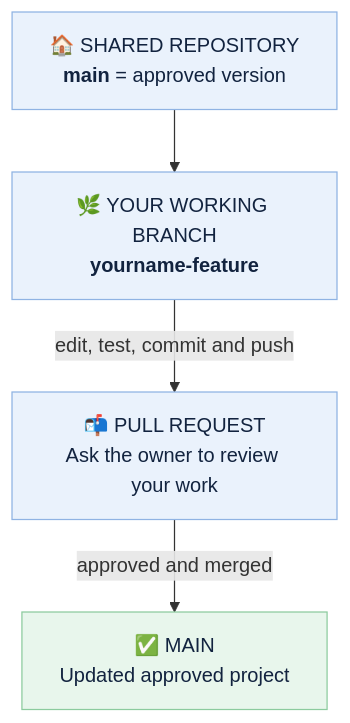
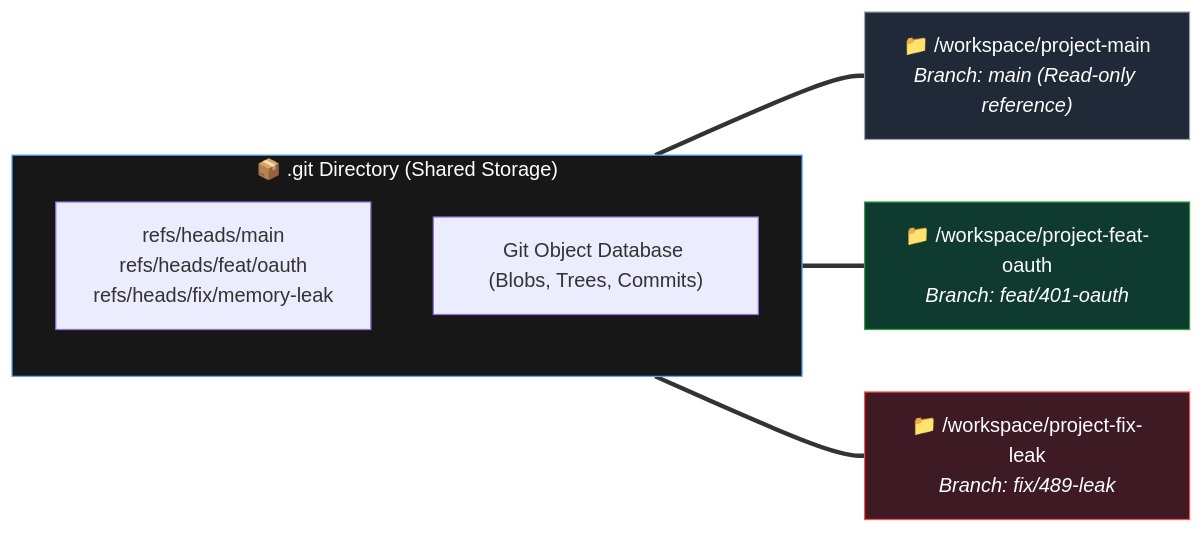
The third of 5 diagrams in README.md (aryamanm77/Protickofflineexam), drawn with Mermaid before and after one commit. The commit also changed other lines of this file and 3 other files, not shown here.

````diff
--- a/README.md
+++ b/README.md
@@ -90,11 +137,16 @@
 ```mermaid
-flowchart TD
-    A["🏠 SHARED REPOSITORY<br/><b>main</b> = approved version"] --> B["🌿 YOUR WORKING BRANCH<br/><b>yourname-feature</b>"]
-    B -->|"edit, test, commit and push"| C["📬 PULL REQUEST<br/>Ask the owner to review your work"]
-    C -->|"approved and merged"| D["✅ MAIN<br/>Updated approved project"]
+flowchart LR
+    subgraph BareRepository["📦 .git Directory (Shared Storage)"]
+        Refs["refs/heads/main<br/>refs/heads/feat/oauth<br/>refs/heads/fix/memory-leak"]
+        Objects["Git Object Database (Blobs, Trees, Commits)"]
+    end
 
-    style A fill:#EAF2FC,stroke:#8FB3E3,color:#12233F
-    style B fill:#EAF2FC,stroke:#8FB3E3,color:#12233F
-    style C fill:#EAF2FC,stroke:#8FB3E3,color:#12233F
-    style D fill:#E8F6EC,stroke:#8CCB9E,color:#12233F
+    BareRepository === WTMain["📁 /workspace/project-main<br/><i>Branch: main (Read-only reference)</i>"]
+    BareRepository === WTFeat["📁 /workspace/project-feat-oauth<br/><i>Branch: feat/401-oauth</i>"]
+    BareRepository === WTFix["📁 /workspace/project-fix-leak<br/><i>Branch: fix/489-leak</i>"]
+
+    style BareRepository fill:#181717,stroke:#58A6FF,color:#fff
+    style WTMain fill:#1F2937,stroke:#9CA3AF,color:#fff
+    style WTFeat fill:#0E3A2F,stroke:#2EA043,color:#fff
+    style WTFix fill:#3D1A24,stroke:#F85149,color:#fff
 ```
````
